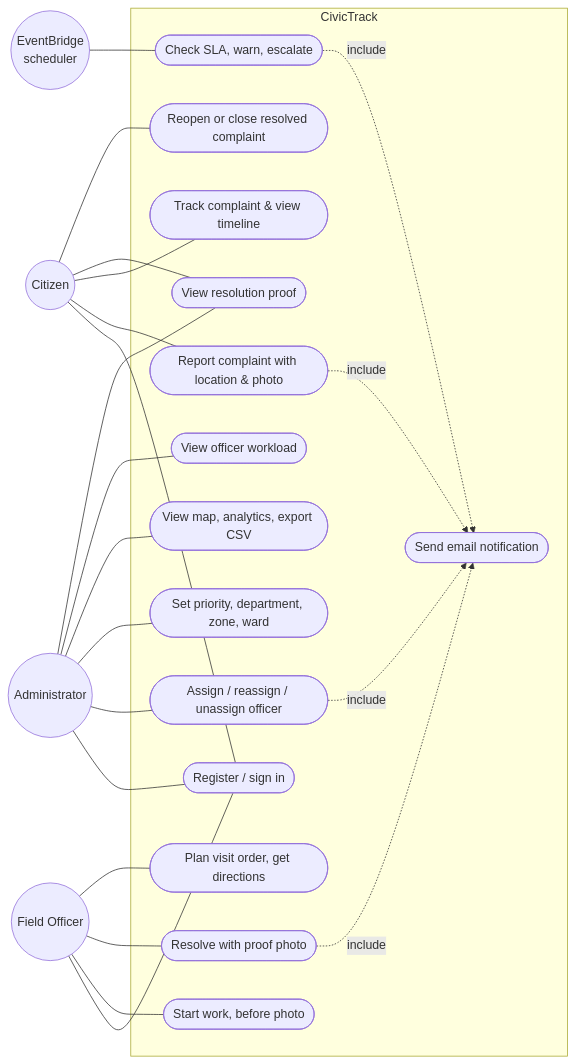
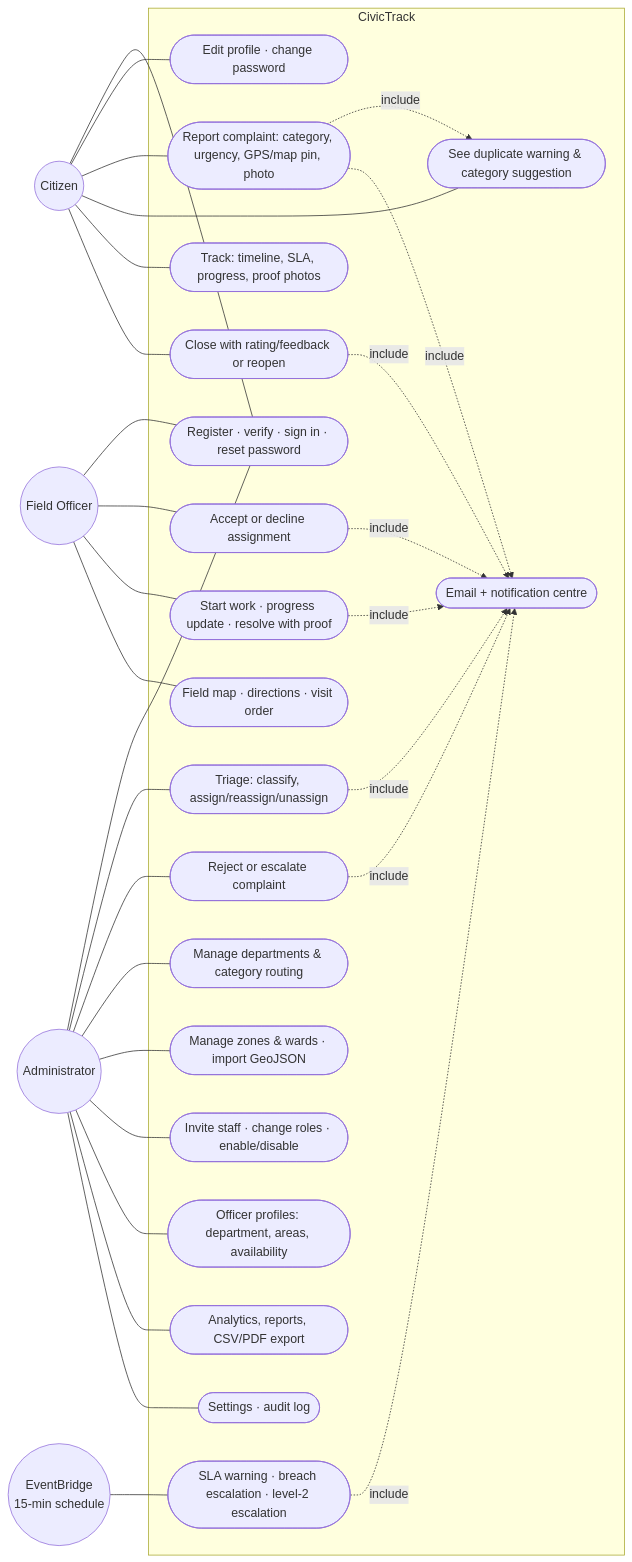
Before and after one commit to Yashwin2318/CivicTrack: the first of 10 diagrams in docs/UML_DIAGRAMS.md, drawn with Mermaid. The commit also changed other lines of this file and 58 other files, not shown here.

````diff
--- a/docs/UML_DIAGRAMS.md
+++ b/docs/UML_DIAGRAMS.md
@@ -7,31 +7,34 @@
 ```mermaid
 flowchart LR
   Citizen((Citizen))
   Officer((Field Officer))
   Admin((Administrator))
-  Sched((EventBridge<br/>scheduler))
+  Sched((EventBridge<br/>15-min schedule))
   subgraph CivicTrack
-    UC1([Register / sign in])
-    UC2([Report complaint with location & photo])
-    UC3([Track complaint & view timeline])
-    UC4([View resolution proof])
-    UC5([Reopen or close resolved complaint])
-    UC6([Assign / reassign / unassign officer])
-    UC7([Set priority, department, zone, ward])
-    UC8([View map, analytics, export CSV])
-    UC9([View officer workload])
-    UC10([Start work, before photo])
-    UC11([Resolve with proof photo])
-    UC12([Plan visit order, get directions])
-    UC13([Check SLA, warn, escalate])
-    UC14([Send email notification])
+    C1([Register · verify · sign in · reset password])
+    C2([Edit profile · change password])
+    C3([Report complaint: category, urgency, GPS/map pin, photo])
+    C4([See duplicate warning & category suggestion])
+    C5([Track: timeline, SLA, progress, proof photos])
+    C6([Close with rating/feedback or reopen])
+    O1([Accept or decline assignment])
+    O2([Start work · progress update · resolve with proof])
+    O3([Field map · directions · visit order])
+    A1([Triage: classify, assign/reassign/unassign])
+    A2([Reject or escalate complaint])
+    A3([Manage departments & category routing])
+    A4([Manage zones & wards · import GeoJSON])
+    A5([Invite staff · change roles · enable/disable])
+    A6([Officer profiles: department, areas, availability])
+    A7([Analytics, reports, CSV/PDF export])
+    A8([Settings · audit log])
+    S1([SLA warning · breach escalation · level-2 escalation])
+    N([Email + notification centre])
   end
-  Citizen --- UC1 & UC2 & UC3 & UC4 & UC5
-  Admin --- UC1 & UC6 & UC7 & UC8 & UC9 & UC4
-  Officer --- UC1 & UC10 & UC11 & UC12
-  Sched --- UC13
-  UC2 -.include.-> UC14
-  UC6 -.include.-> UC14
-  UC11 -.include.-> UC14
-  UC13 -.include.-> UC14
+  Citizen --- C1 & C2 & C3 & C4 & C5 & C6
+  Officer --- C1 & O1 & O2 & O3
+  Admin --- C1 & A1 & A2 & A3 & A4 & A5 & A6 & A7 & A8
+  Sched --- S1
+  C3 -.include.-> C4
+  C3 & A1 & O1 & O2 & C6 & A2 & S1 -.include.-> N
 ```
````
